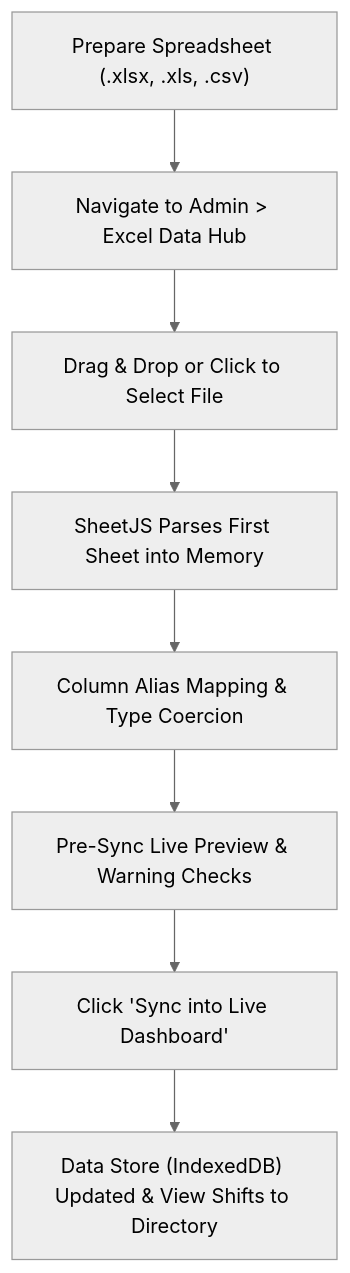
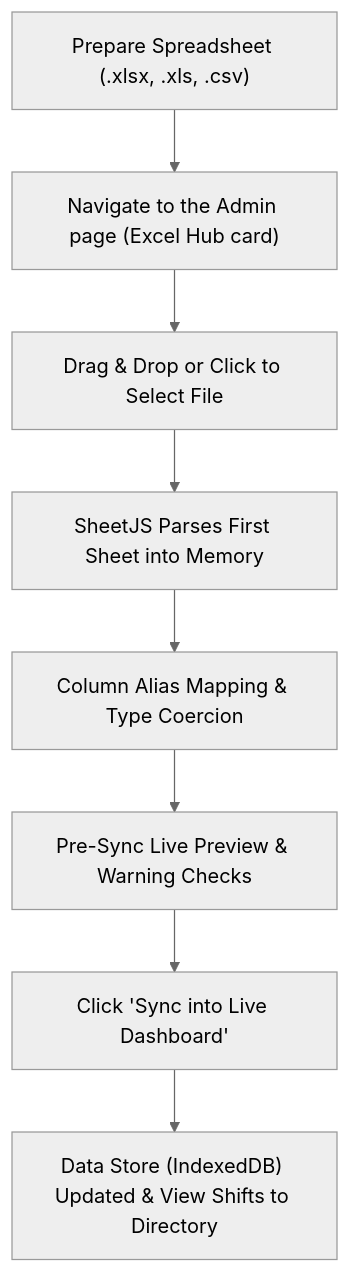
One commit to Utharam/HR-Dashboard changed the diagram in docs/EXCEL_SHEET_HANDLING_GUIDE.md. Above: the diagram before and after it, drawn with Mermaid (neutral theme). The commit also changed other lines of this file and 6 other files, not shown here.

````diff
--- a/docs/EXCEL_SHEET_HANDLING_GUIDE.md
+++ b/docs/EXCEL_SHEET_HANDLING_GUIDE.md
@@ -134,10 +134,10 @@
 ```mermaid
 flowchart TD
-    A["Prepare Spreadsheet (.xlsx, .xls, .csv)"] --> B["Navigate to Admin > Excel Data Hub"]
+    A["Prepare Spreadsheet (.xlsx, .xls, .csv)"] --> B["Navigate to the Admin page (Excel Hub card)"]
     B --> C["Drag & Drop or Click to Select File"]
     C --> D["SheetJS Parses First Sheet into Memory"]
     D --> E["Column Alias Mapping & Type Coercion"]
     E --> F["Pre-Sync Live Preview & Warning Checks"]
     F --> G["Click 'Sync into Live Dashboard'"]
     G --> H["Data Store (IndexedDB) Updated & View Shifts to Directory"]
 ```
````
